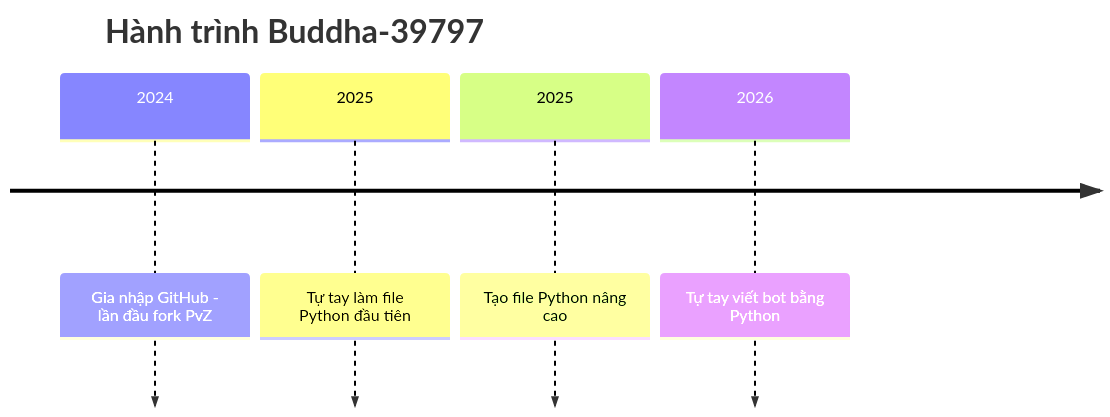
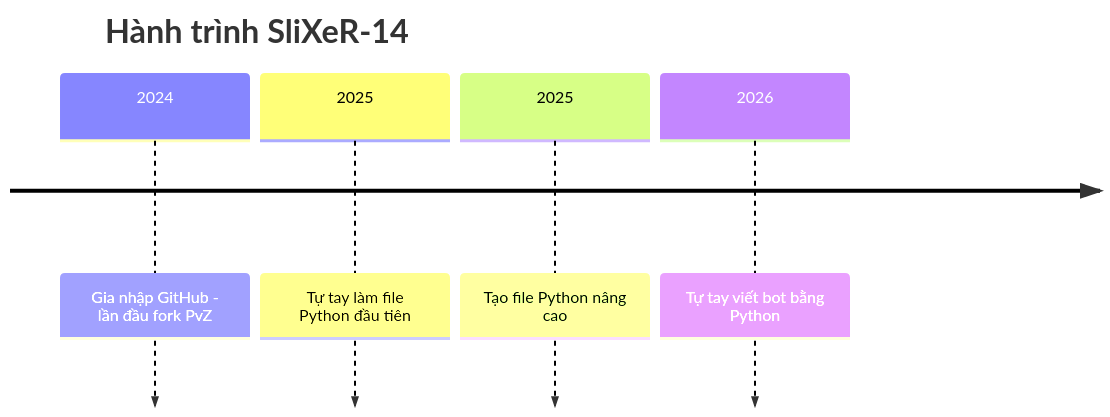
Before and after one commit to SliXeR-14/SliXeR-14: the diagram in README.md, drawn with Mermaid. The commit also changed other lines of this file, not shown here.

````diff
--- a/README.md
+++ b/README.md
@@ -132,8 +136,8 @@
 ```mermaid
 timeline
-    title Hành trình Buddha-39797
+    title Hành trình SliXeR-14
     2024 : Gia nhập GitHub - lần đầu fork PvZ
     2025 : Tự tay làm file Python đầu tiên
     2025 : Tạo file Python nâng cao
     2026 : Tự tay viết bot bằng Python
 ```
````
